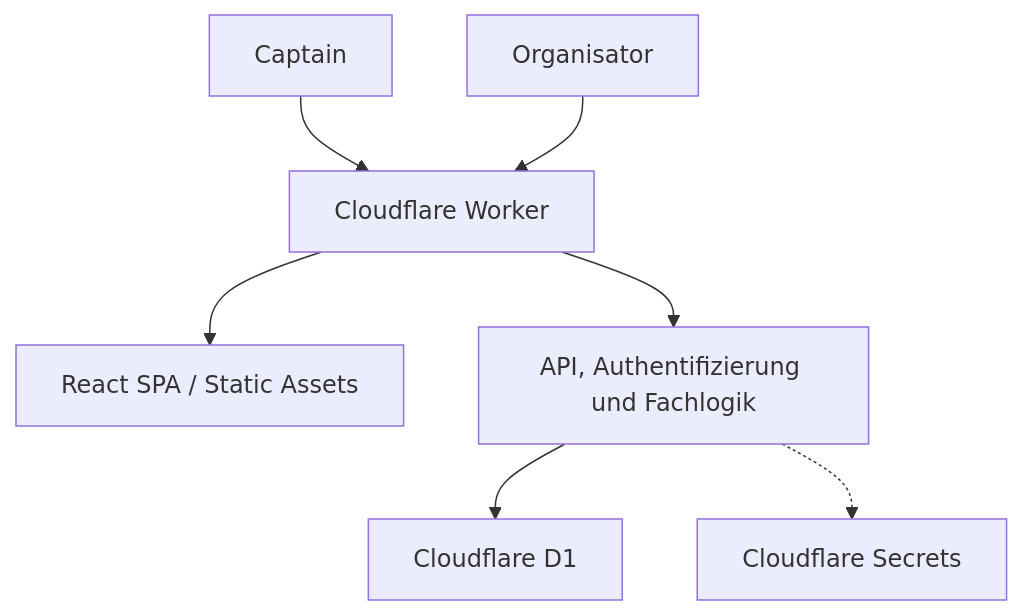
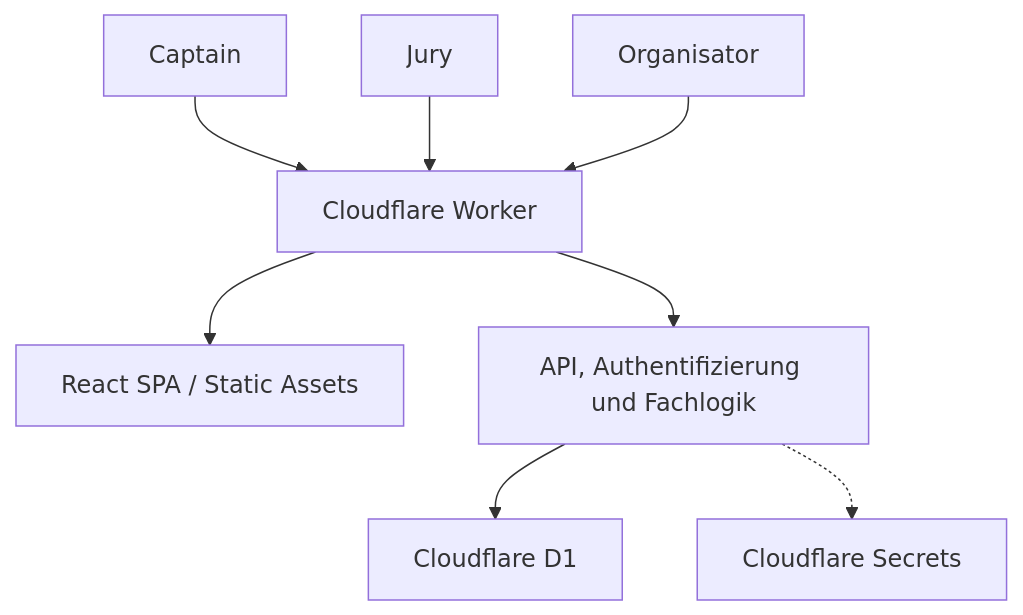
The diagram in docs/architecture.md (fhacklinger-eng/voting), drawn with Mermaid before and after one commit. The commit also changed other lines of this file and 30 other files, not shown here.

````diff
--- a/docs/architecture.md
+++ b/docs/architecture.md
@@ -39,9 +39,10 @@
 ```mermaid
 flowchart TD
     C["Captain"] --> W["Cloudflare Worker"]
+    J["Jury"] --> W
     O["Organisator"] --> W
     W --> UI["React SPA / Static Assets"]
     W --> API["API, Authentifizierung und Fachlogik"]
     API --> DB["Cloudflare D1"]
     API -.-> S["Cloudflare Secrets"]
 ```
````
